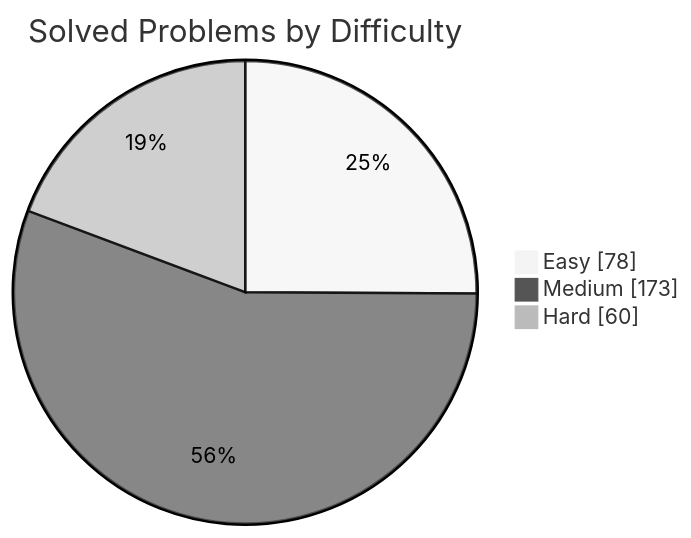
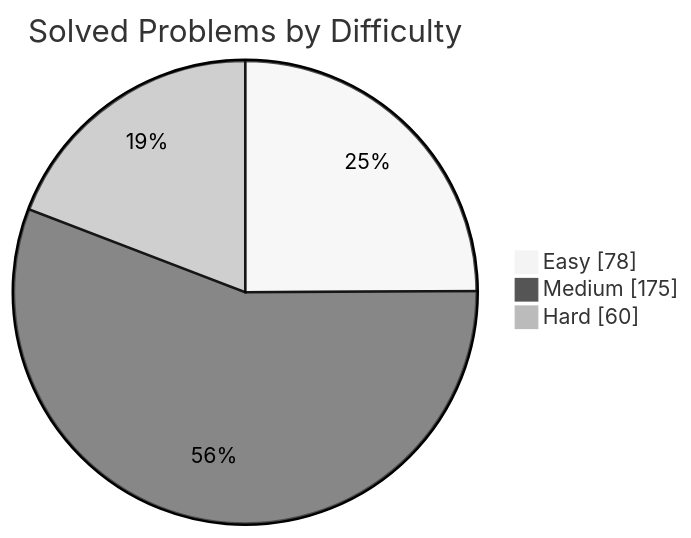
The first of 2 diagrams in README.md (manikantbindass/DSA-Preparation-FAANG), drawn with Mermaid (neutral theme) before and after one commit. The commit also changed other lines of this file and 1 other file, not shown here.

````diff
--- a/README.md
+++ b/README.md
@@ -77,7 +77,7 @@
 ```mermaid
 pie showData
     title Solved Problems by Difficulty
     "Easy" : 78
-    "Medium" : 173
+    "Medium" : 175
     "Hard" : 60
 ```
````
